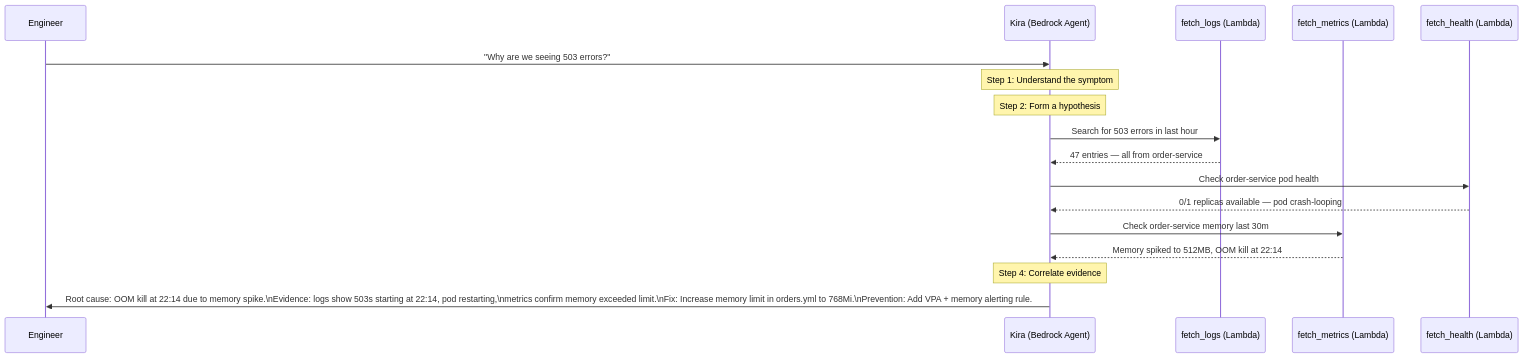
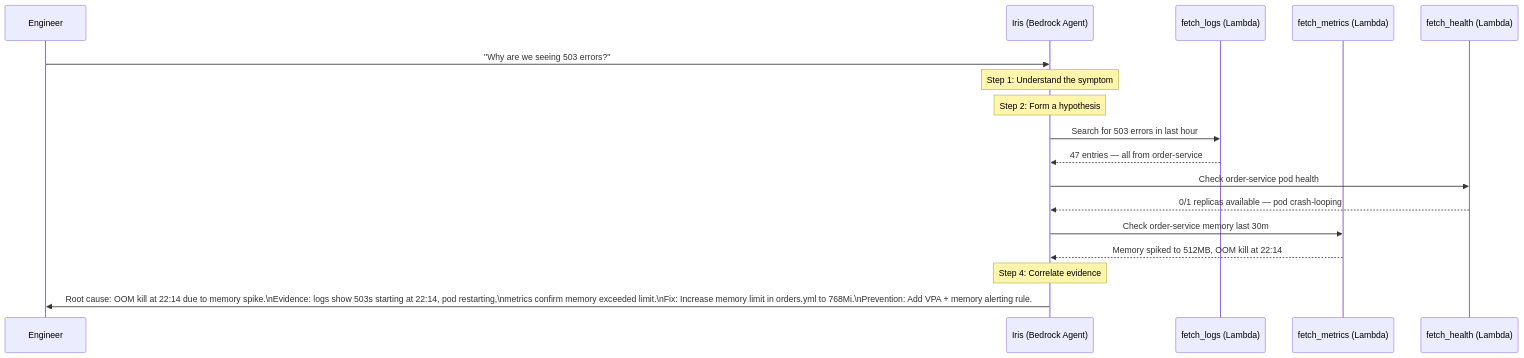
Before and after one commit to amco-f22/aiops-ecommerce-platform: the ninth of 10 diagrams in docs/part2-workflow.md, drawn with Mermaid. The commit also changed other lines of this file and 10 other files, not shown here.

````diff
--- a/docs/part2-workflow.md
+++ b/docs/part2-workflow.md
@@ -257,20 +257,20 @@
 ```mermaid
 sequenceDiagram
     participant Eng as Engineer
-    participant Kira as Kira (Bedrock Agent)
+    participant Iris as Iris (Bedrock Agent)
     participant Logs as fetch_logs (Lambda)
     participant Metrics as fetch_metrics (Lambda)
     participant Health as fetch_health (Lambda)
 
-    Eng->>Kira: "Why are we seeing 503 errors?"
-    Note over Kira: Step 1: Understand the symptom
-    Note over Kira: Step 2: Form a hypothesis
-    Kira->>Logs: Search for 503 errors in last hour
-    Logs-->>Kira: 47 entries — all from order-service
-    Kira->>Health: Check order-service pod health
-    Health-->>Kira: 0/1 replicas available — pod crash-looping
-    Kira->>Metrics: Check order-service memory last 30m
-    Metrics-->>Kira: Memory spiked to 512MB, OOM kill at 22:14
-    Note over Kira: Step 4: Correlate evidence
-    Kira->>Eng: Root cause: OOM kill at 22:14 due to memory spike.\nEvidence: logs show 503s starting at 22:14, pod restarting,\nmetrics confirm memory exceeded limit.\nFix: Increase memory limit in orders.yml to 768Mi.\nPrevention: Add VPA + memory alerting rule.
+    Eng->>Iris: "Why are we seeing 503 errors?"
+    Note over Iris: Step 1: Understand the symptom
+    Note over Iris: Step 2: Form a hypothesis
+    Iris->>Logs: Search for 503 errors in last hour
+    Logs-->>Iris: 47 entries — all from order-service
+    Iris->>Health: Check order-service pod health
+    Health-->>Iris: 0/1 replicas available — pod crash-looping
+    Iris->>Metrics: Check order-service memory last 30m
+    Metrics-->>Iris: Memory spiked to 512MB, OOM kill at 22:14
+    Note over Iris: Step 4: Correlate evidence
+    Iris->>Eng: Root cause: OOM kill at 22:14 due to memory spike.\nEvidence: logs show 503s starting at 22:14, pod restarting,\nmetrics confirm memory exceeded limit.\nFix: Increase memory limit in orders.yml to 768Mi.\nPrevention: Add VPA + memory alerting rule.
 ```
````
